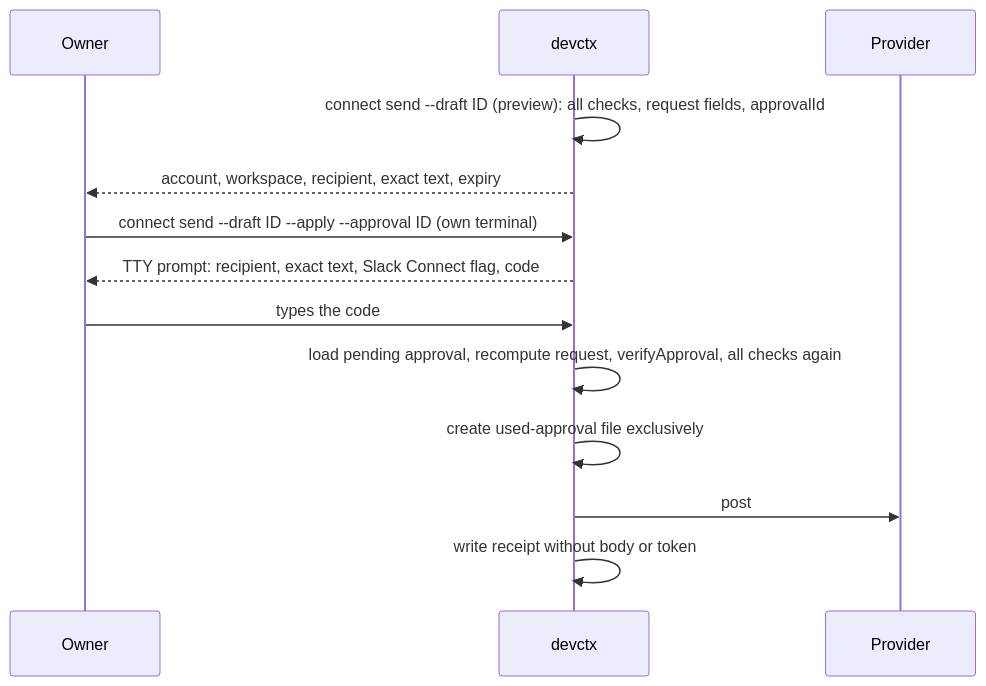
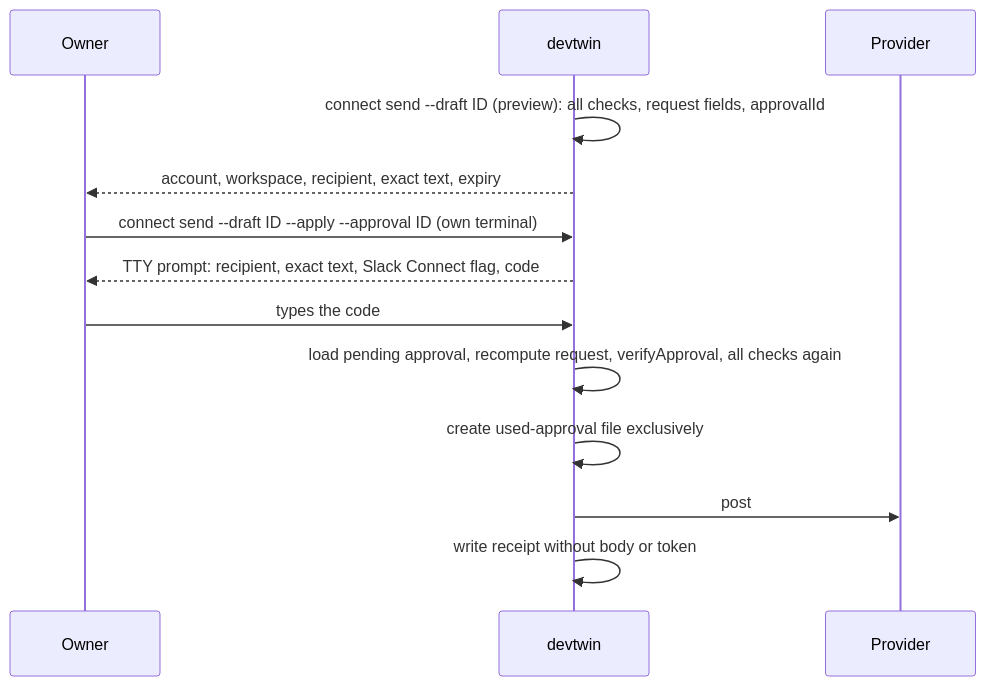
The second of 3 diagrams in docs/plans/2026-10-17-001-feat-organization-identity-routing-plan.md (sundharesan11/developer-context-kit), drawn with Mermaid before and after one commit. The commit also changed other lines of this file and 212 other files, not shown here.

First line of the commit message:
Rename the product from devctx to devtwin

````diff
--- a/docs/plans/2026-10-17-001-feat-organization-identity-routing-plan.md
+++ b/docs/plans/2026-10-17-001-feat-organization-identity-routing-plan.md
@@ -196,15 +196,15 @@
 ```mermaid
 sequenceDiagram
   participant O as Owner
-  participant D as devctx
+  participant D as devtwin
   participant P as Provider
   D->>D: connect send --draft ID (preview): all checks, request fields, approvalId
   D-->>O: account, workspace, recipient, exact text, expiry
   O->>D: connect send --draft ID --apply --approval ID (own terminal)
   D-->>O: TTY prompt: recipient, exact text, Slack Connect flag, code
   O->>D: types the code
   D->>D: load pending approval, recompute request, verifyApproval, all checks again
   D->>D: create used-approval file exclusively
   D->>P: post
   D->>D: write receipt without body or token
 ```
````
